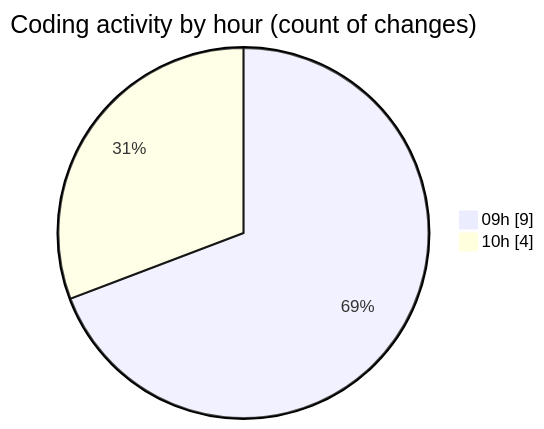
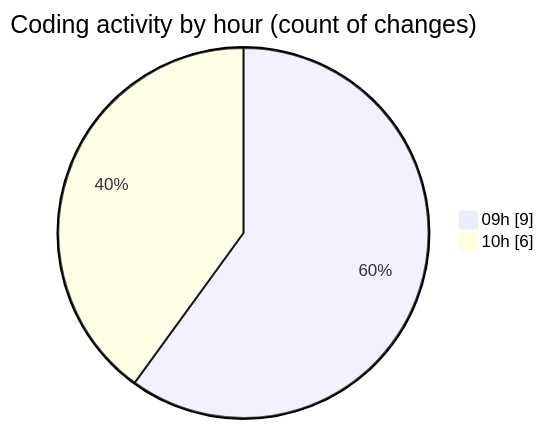
The second of 2 diagrams in 2025-09-18/cda/README.md (momahboobian/code-tracking), drawn with Mermaid before and after one commit. The commit also changed other lines of this file and 1 other file, not shown here.

````diff
--- a/2025-09-18/cda/README.md
+++ b/2025-09-18/cda/README.md
@@ -32,6 +34,6 @@
 ```mermaid
 pie showData
 title Coding activity by hour (count of changes)
 "09h" : 9
-"10h" : 4
+"10h" : 6
 ```
````
